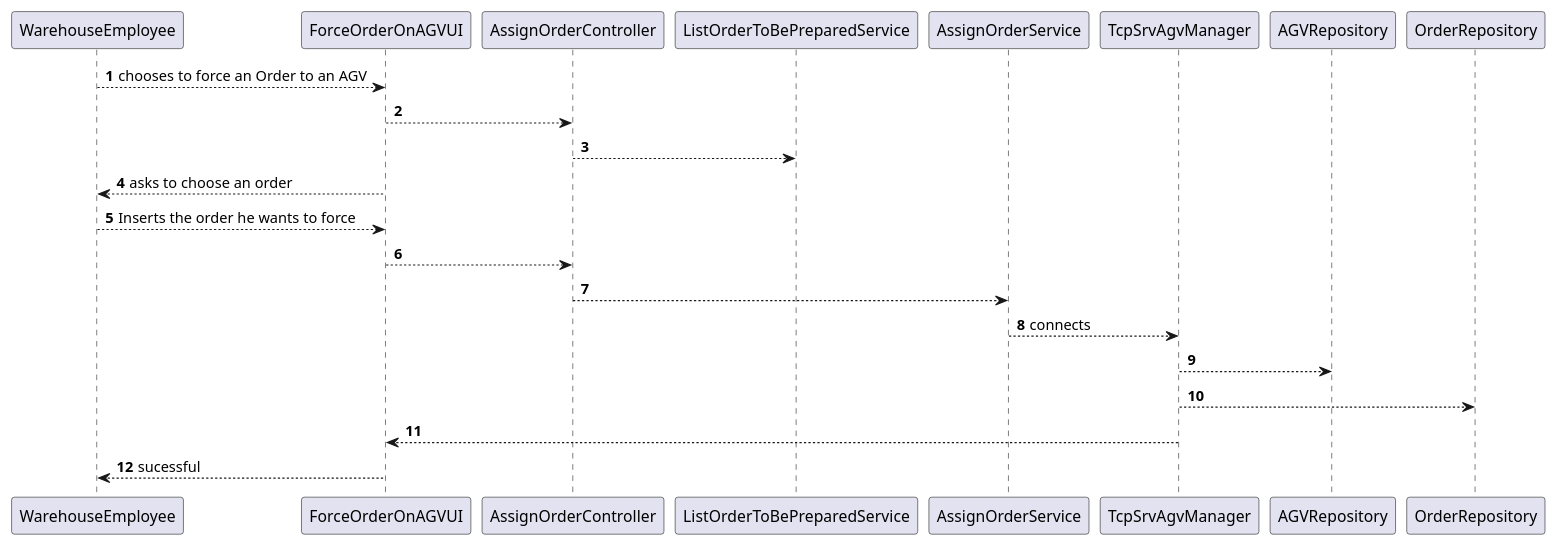
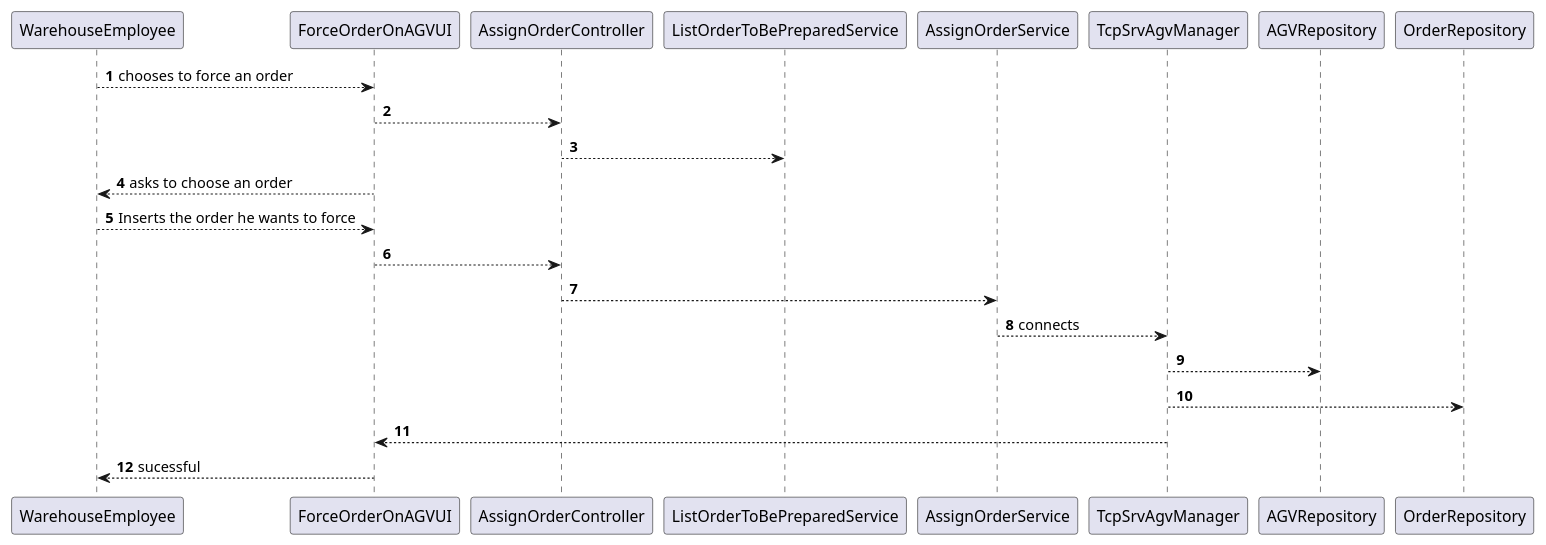
The diagram in eapli.base/docs/1190811/US2003/US2003_SD.puml (LourencoMelo/ISEP-EAPLI), drawn with PlantUML before and after one commit. The commit also changed 4 other files, not shown here.

```diff
--- a/eapli.base/docs/1190811/US2003/US2003_SD.puml
+++ b/eapli.base/docs/1190811/US2003/US2003_SD.puml
@@ -1,20 +1,20 @@
 @startuml
 
 autonumber
 
-WarehouseEmployee --> ForceOrderOnAGVUI : chooses to force an Order to an AGV
+WarehouseEmployee --> ForceOrderOnAGVUI : chooses to force an order
 ForceOrderOnAGVUI --> AssignOrderController :
 AssignOrderController --> ListOrderToBePreparedService
 ForceOrderOnAGVUI --> WarehouseEmployee : asks to choose an order
 WarehouseEmployee --> ForceOrderOnAGVUI : Inserts the order he wants to force
 ForceOrderOnAGVUI --> AssignOrderController :
 AssignOrderController --> AssignOrderService :
 AssignOrderService --> TcpSrvAgvManager : connects
 TcpSrvAgvManager --> AGVRepository
 TcpSrvAgvManager --> OrderRepository
 TcpSrvAgvManager --> ForceOrderOnAGVUI :
 ForceOrderOnAGVUI --> WarehouseEmployee : sucessful
 
 
 
 @enduml
```
